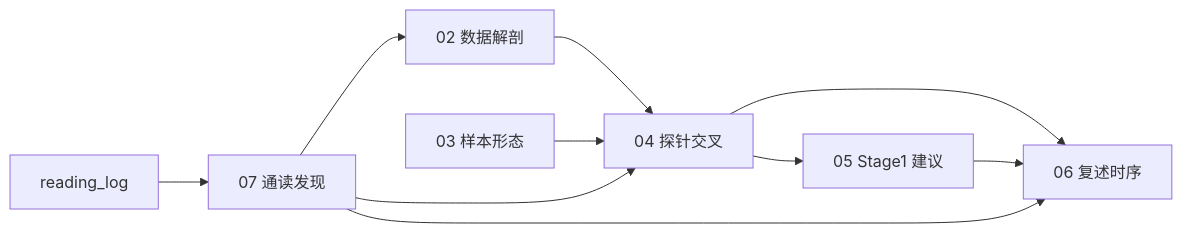
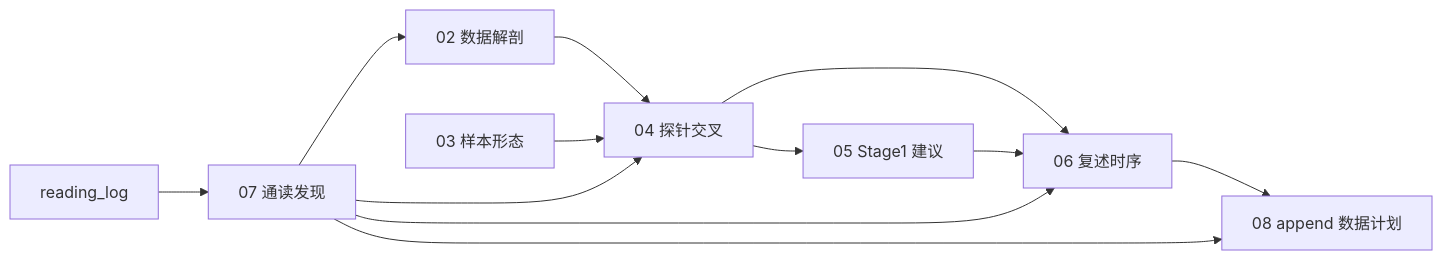
One commit to XWWW-XD/STReasoner_reproduce changed the diagram in 00_new_codes/reports/t3-autodl2-三阶段训练复现/ST-Align详细分析/01-索引.md. Above: the diagram before and after it, drawn with Mermaid. The commit also changed other lines of this file and 16 other files, not shown here.

````diff
--- a/00_new_codes/reports/t3-autodl2-三阶段训练复现/ST-Align详细分析/01-索引.md
+++ b/00_new_codes/reports/t3-autodl2-三阶段训练复现/ST-Align详细分析/01-索引.md
@@ -56,12 +57,14 @@
 ```mermaid
 flowchart LR
   R02[02 数据解剖] --> R04[04 探针交叉]
   R03[03 样本形态] --> R04
   R04 --> R05[05 Stage1 建议]
   R04 --> R06[06 复述时序]
   R05 --> R06
   R07[07 通读发现] --> R02
   R07 --> R04
   R07 --> R06
+  R06 --> R08[08 append 数据计划]
+  R07 --> R08
   Log[reading_log] --> R07
 ```
````
